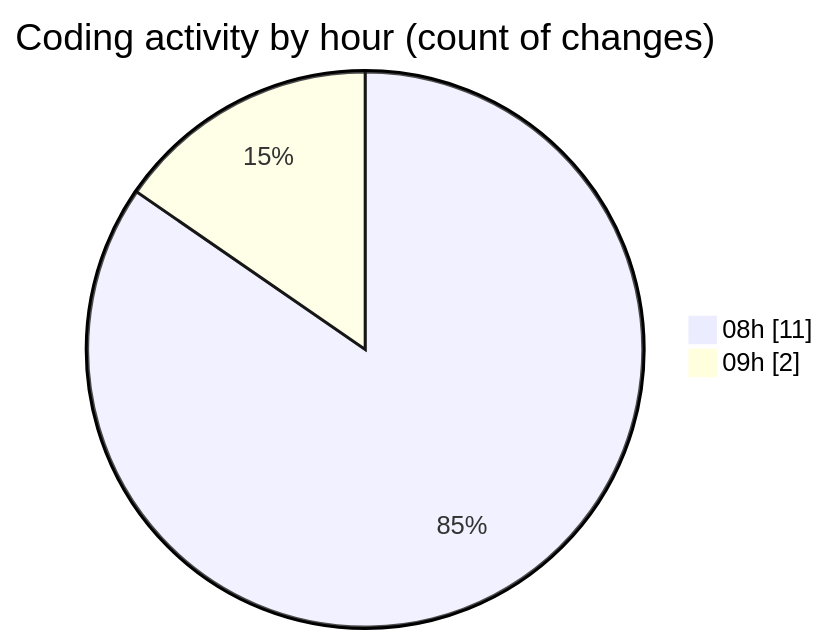
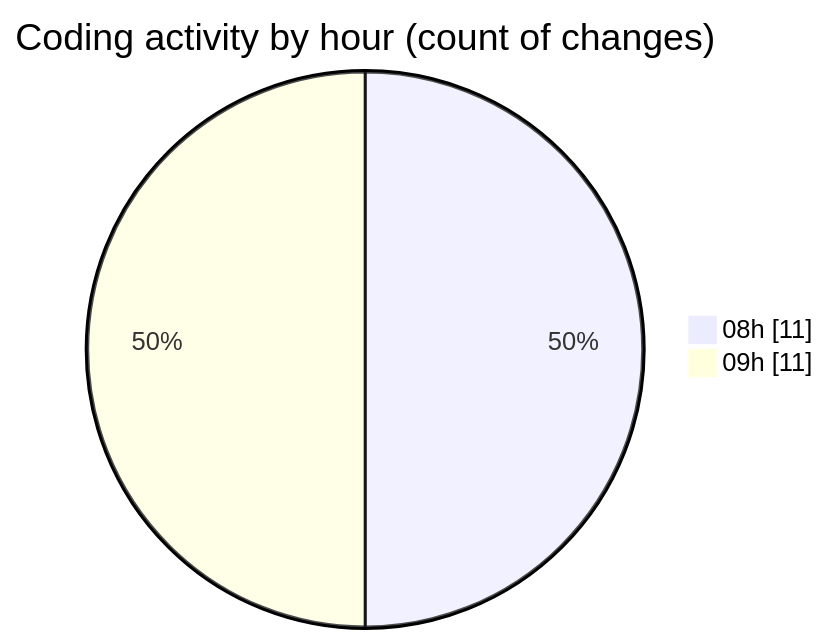
One commit to julien-gomy/code-tracking changed the second of 2 diagrams in 2025-10-13/eventscop-frontend-guide__workspace_/README.md. Above: the diagram before and after it, drawn with Mermaid. The commit also changed other lines of this file and 1 other file, not shown here.

````diff
--- a/2025-10-13/eventscop-frontend-guide__workspace_/README.md
+++ b/2025-10-13/eventscop-frontend-guide__workspace_/README.md
@@ -32,6 +32,6 @@
 ```mermaid
 pie showData
 title Coding activity by hour (count of changes)
 "08h" : 11
-"09h" : 2
+"09h" : 11
 ```
````
